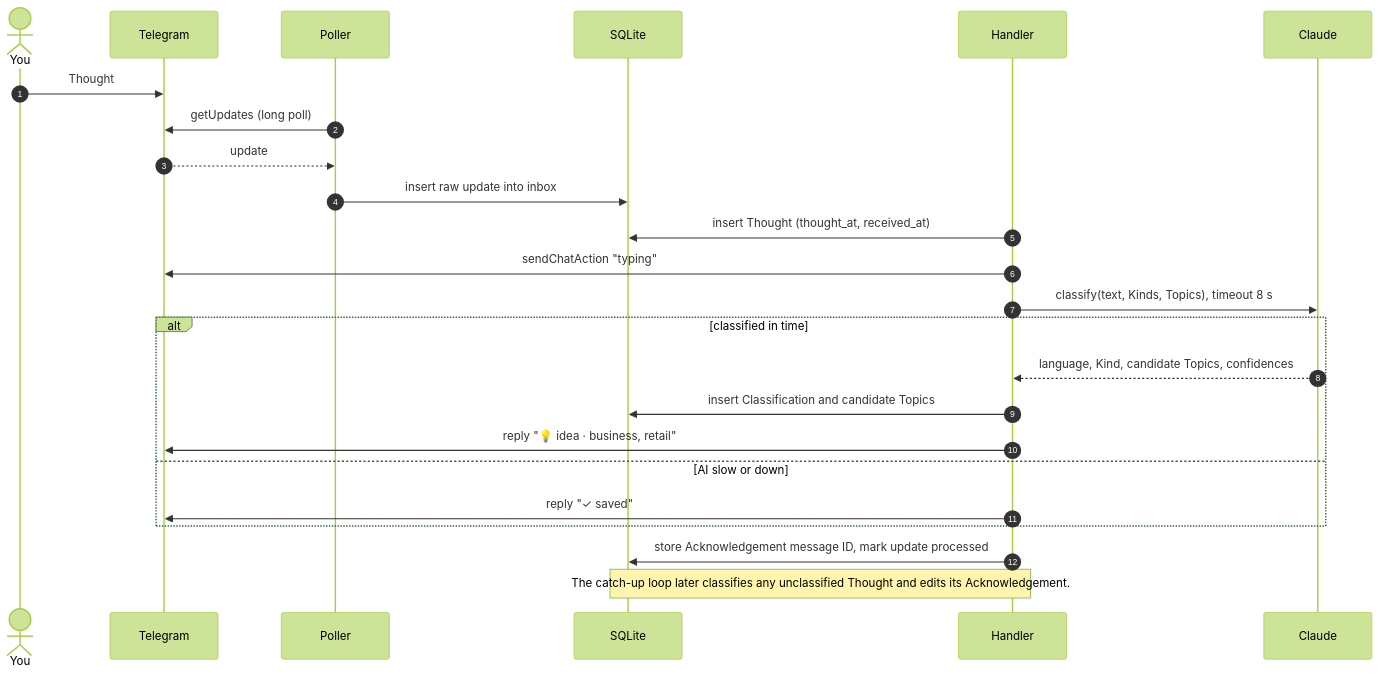
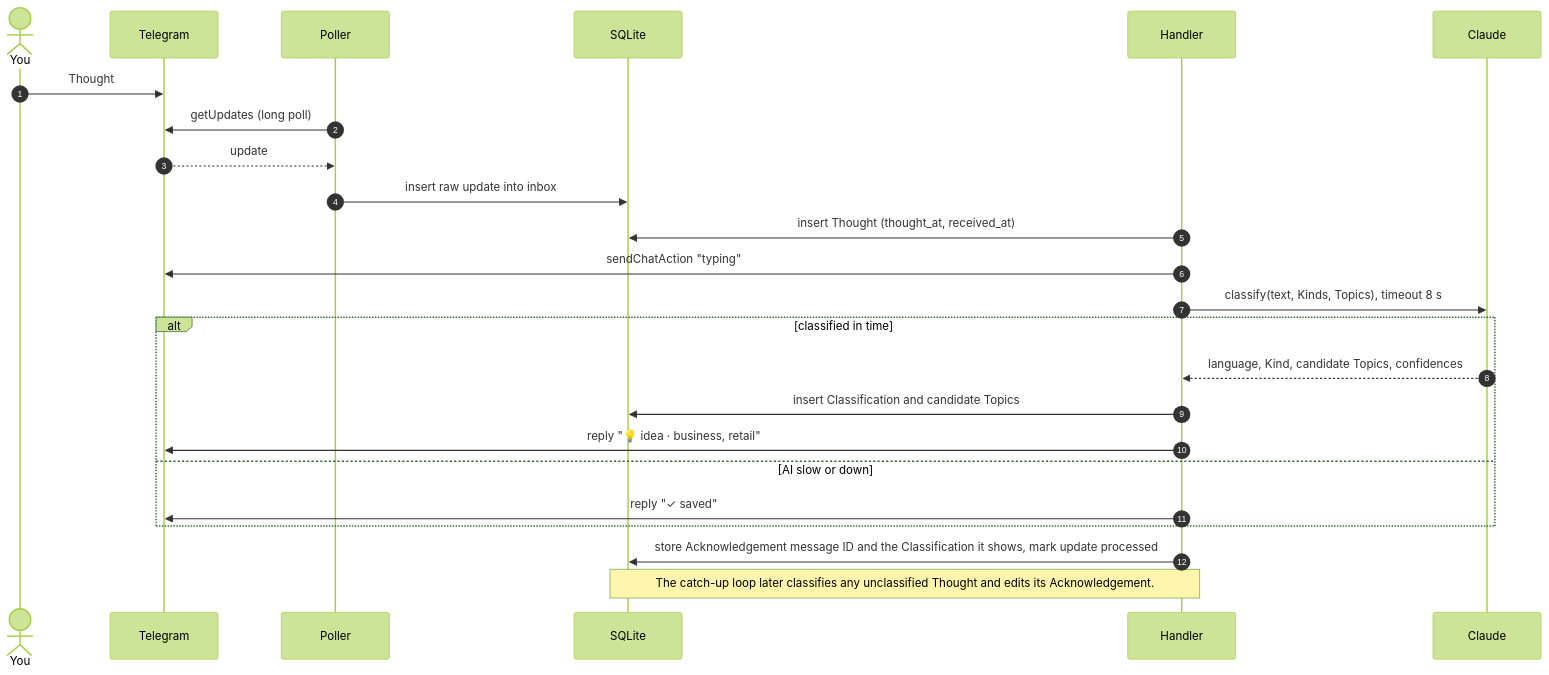
Before and after one commit to Arkoes07/cermin: the fourth of 4 diagrams in docs/design/high-level-design.md, drawn with Mermaid (forest theme). The commit also changed other lines of this file and 7 other files, not shown here.

````diff
--- a/docs/design/high-level-design.md
+++ b/docs/design/high-level-design.md
@@ -349,26 +350,26 @@
 ```mermaid
 sequenceDiagram
     autonumber
     actor You
     participant TG as Telegram
     participant P as Poller
     participant DB as SQLite
     participant H as Handler
     participant AI as Claude
     You->>TG: Thought
     P->>TG: getUpdates (long poll)
     TG-->>P: update
     P->>DB: insert raw update into inbox
     H->>DB: insert Thought (thought_at, received_at)
     H->>TG: sendChatAction "typing"
     H->>AI: classify(text, Kinds, Topics), timeout 8 s
     alt classified in time
         AI-->>H: language, Kind, candidate Topics, confidences
         H->>DB: insert Classification and candidate Topics
         H->>TG: reply "💡 idea · business, retail"
     else AI slow or down
         H->>TG: reply "✓ saved"
     end
-    H->>DB: store Acknowledgement message ID, mark update processed
+    H->>DB: store Acknowledgement message ID and the Classification it shows, mark update processed
     Note over H,DB: The catch-up loop later classifies any unclassified Thought and edits its Acknowledgement.
 ```
````
